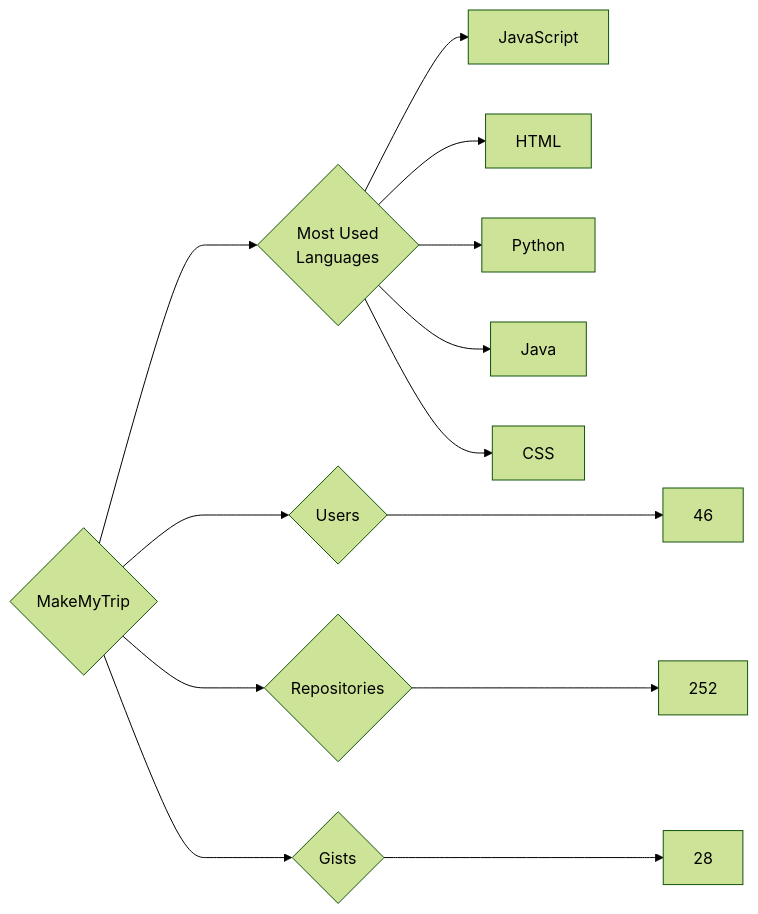
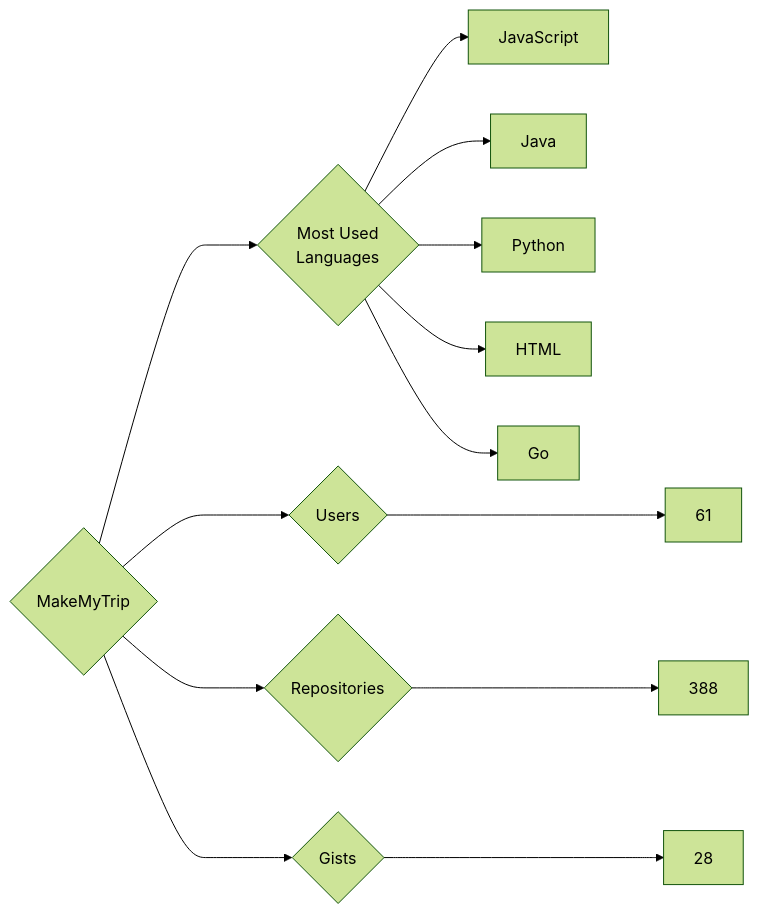
The diagram in targets/MakeMyTrip/README.md (trickest/insiders), drawn with Mermaid (forest theme) before and after one commit. The commit also changed 757 other files, not shown here.

````diff
--- a/targets/MakeMyTrip/README.md
+++ b/targets/MakeMyTrip/README.md
@@ -3,13 +3,13 @@
 ```mermaid
 graph LR
 COMPANY_NAME{MakeMyTrip}
-COMPANY_NAME ---> U{Users} ---> UN[46]
-COMPANY_NAME ---> R{Repositories} ---> RN[252]
+COMPANY_NAME ---> U{Users} ---> UN[61]
+COMPANY_NAME ---> R{Repositories} ---> RN[388]
 COMPANY_NAME ---> G{Gists} ---> GN[28]
 COMPANY_NAME ---> ML{Most Used<br>Languages}
 ML --> JavaScript[JavaScript]
+ML --> Java[Java]
+ML --> Python[Python]
 ML --> HTML[HTML]
-ML --> Python[Python]
-ML --> Java[Java]
-ML --> CSS[CSS]
+ML --> Go[Go]
 ```
````
